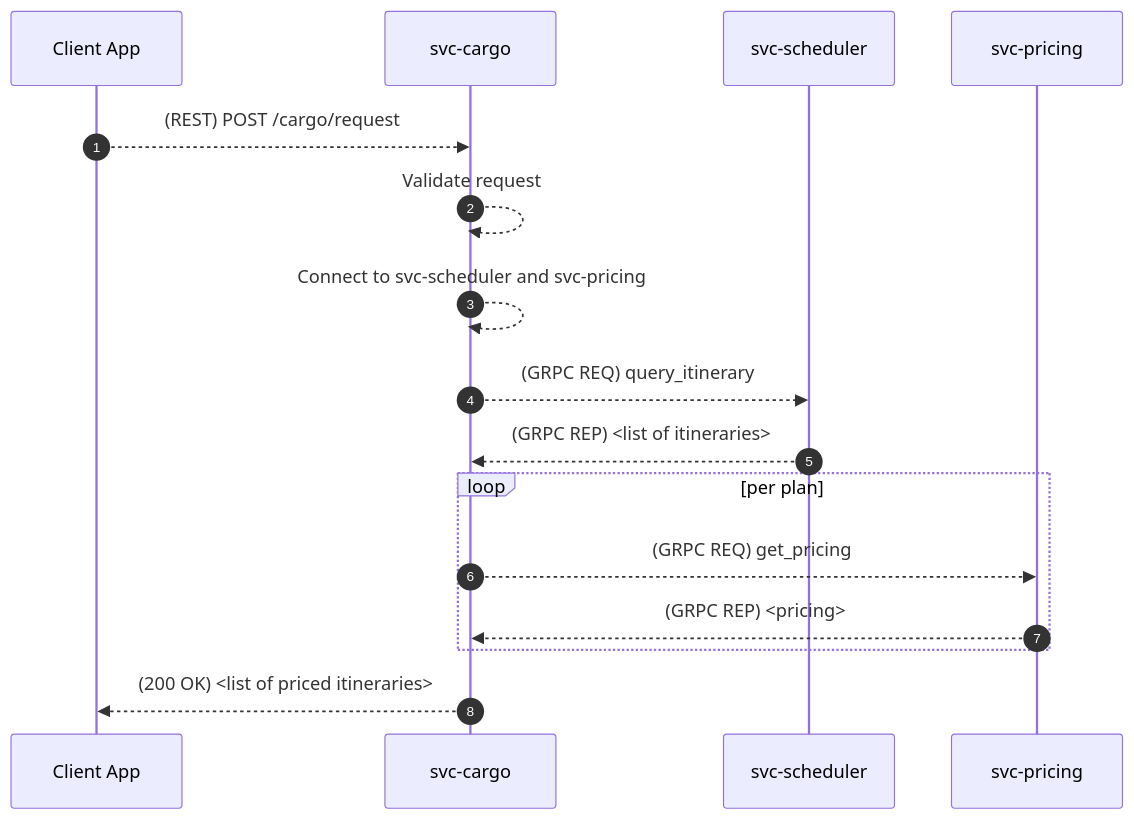
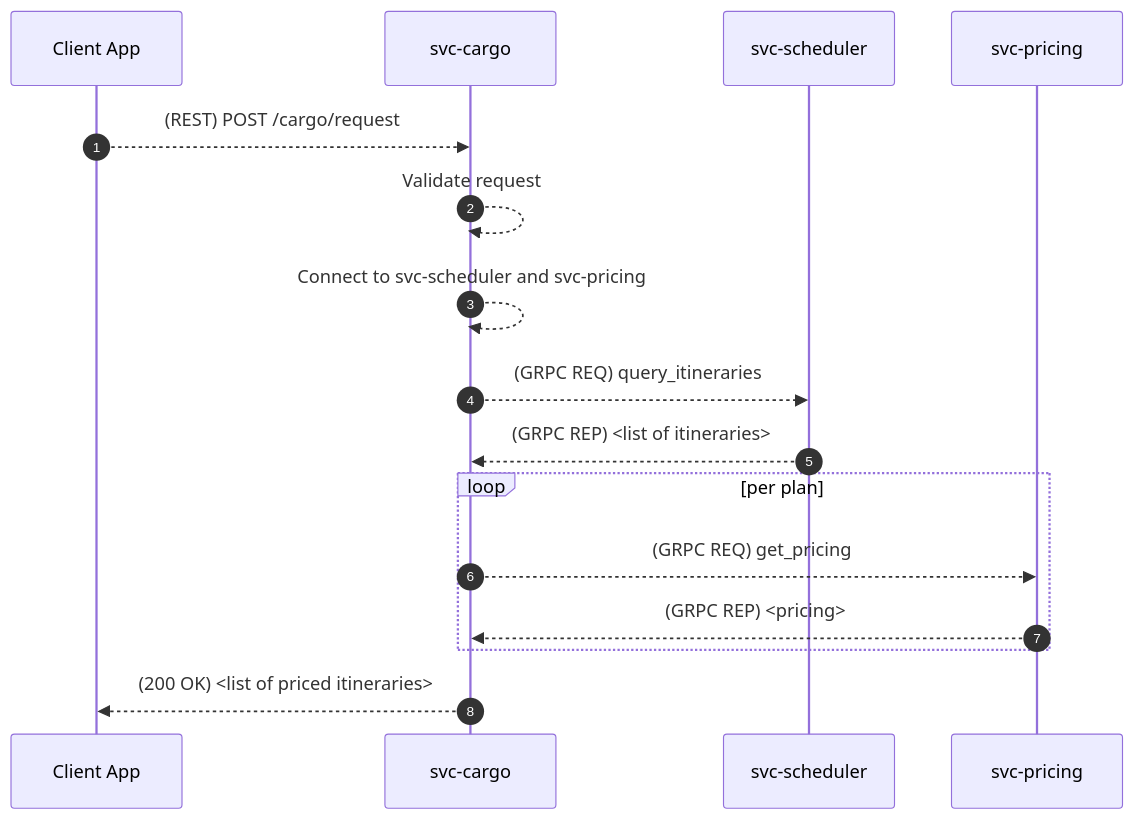
One commit to aetheric-oss/svc-cargo changed the fourth of 25 diagrams in docs/sdd.md. Above: the diagram before and after it, drawn with Mermaid. The commit also changed other lines of this file and 18 other files, not shown here.

````diff
--- a/docs/sdd.md
+++ b/docs/sdd.md
@@ -125,20 +127,20 @@
 ```mermaid
 sequenceDiagram
     autonumber
     participant client as Client App
     participant cargo as svc-cargo
     participant scheduler as svc-scheduler
     participant pricing as svc-pricing
     client-->>cargo: (REST) POST /cargo/request
     cargo-->>cargo: Validate request
     cargo-->>cargo: Connect to svc-scheduler and svc-pricing
-    cargo-->>scheduler: (GRPC REQ) query_itinerary
+    cargo-->>scheduler: (GRPC REQ) query_itineraries
     scheduler-->>cargo: (GRPC REP) <list of itineraries>
 
     loop per plan
         cargo-->>pricing: (GRPC REQ) get_pricing
         pricing-->>cargo: (GRPC REP) <pricing>
     end
 
     cargo-->>client: (200 OK) <list of priced itineraries>
 ```
````
